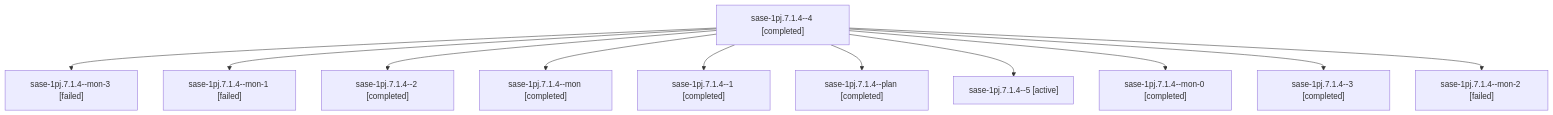
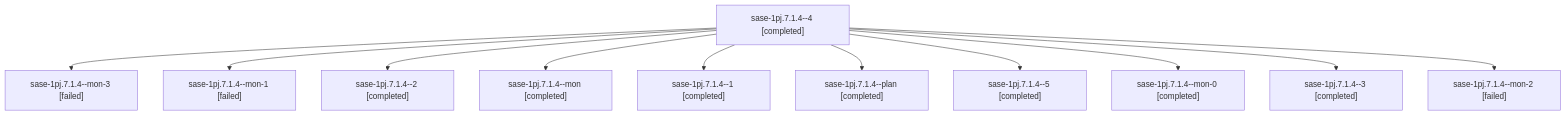
Before and after one commit to sase-org/sase--agents: the diagram in sessions/bbugyi200.athena.sase-1pj.7.1.4.md, drawn with Mermaid. The commit also changed other lines of this file and 140 other files, not shown here.

````diff
--- a/sessions/bbugyi200.athena.sase-1pj.7.1.4.md
+++ b/sessions/bbugyi200.athena.sase-1pj.7.1.4.md
@@ -9,24 +9,24 @@
 ```mermaid
 flowchart TD
   n0["sase-1pj.7.1.4--4 [completed]"]
   n1["sase-1pj.7.1.4--mon-3 [failed]"]
   n0 --> n1
   n2["sase-1pj.7.1.4--mon-1 [failed]"]
   n0 --> n2
   n3["sase-1pj.7.1.4--2 [completed]"]
   n0 --> n3
   n4["sase-1pj.7.1.4--mon [completed]"]
   n0 --> n4
   n5["sase-1pj.7.1.4--1 [completed]"]
   n0 --> n5
   n6["sase-1pj.7.1.4--plan [completed]"]
   n0 --> n6
-  n7["sase-1pj.7.1.4--5 [active]"]
+  n7["sase-1pj.7.1.4--5 [completed]"]
   n0 --> n7
   n8["sase-1pj.7.1.4--mon-0 [completed]"]
   n0 --> n8
   n9["sase-1pj.7.1.4--3 [completed]"]
   n0 --> n9
   n10["sase-1pj.7.1.4--mon-2 [failed]"]
   n0 --> n10
 ```
````
